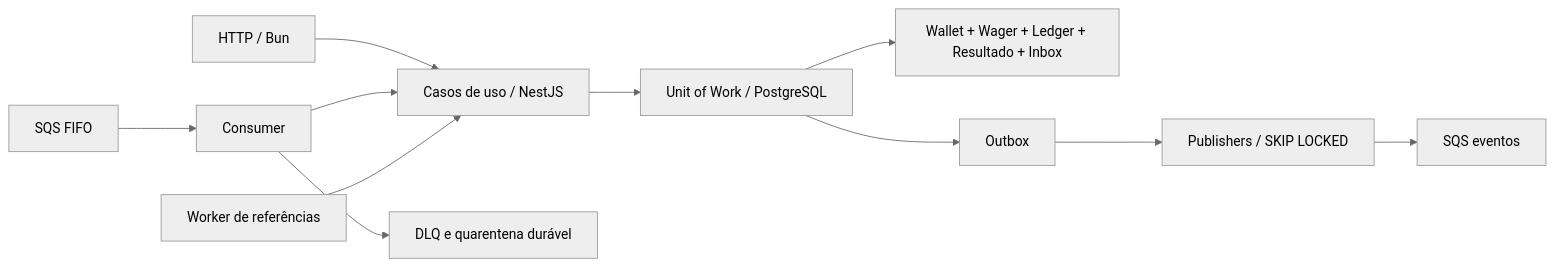
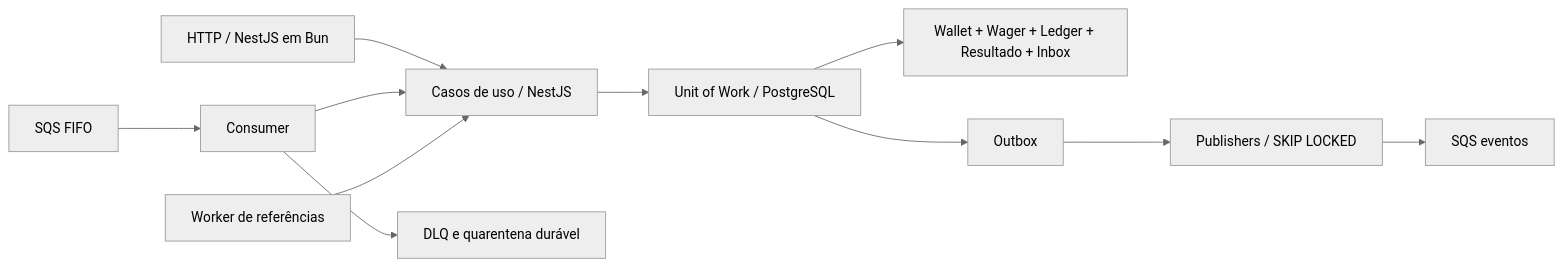
The diagram in ARCHITECTURE.md (Artituis/backend-challenge), drawn with Mermaid (neutral theme) before and after one commit. The commit also changed other lines of this file and 97 other files, not shown here.

````diff
--- a/ARCHITECTURE.md
+++ b/ARCHITECTURE.md
@@ -8,13 +8,13 @@
 ```mermaid
 flowchart LR
-  HTTP[HTTP / Bun] --> APP[Casos de uso / NestJS]
+  HTTP[HTTP / NestJS em Bun] --> APP[Casos de uso / NestJS]
   SQS[SQS FIFO] --> CON[Consumer]
   CON --> APP
   APP --> UOW[Unit of Work / PostgreSQL]
   UOW --> DATA[Wallet + Wager + Ledger + Resultado + Inbox]
   UOW --> OUT[Outbox]
   OUT --> PUB[Publishers / SKIP LOCKED]
   PUB --> EVENTS[SQS eventos]
   JOB[Worker de referências] --> APP
   CON --> DLQ[DLQ e quarentena durável]
 ```
````
